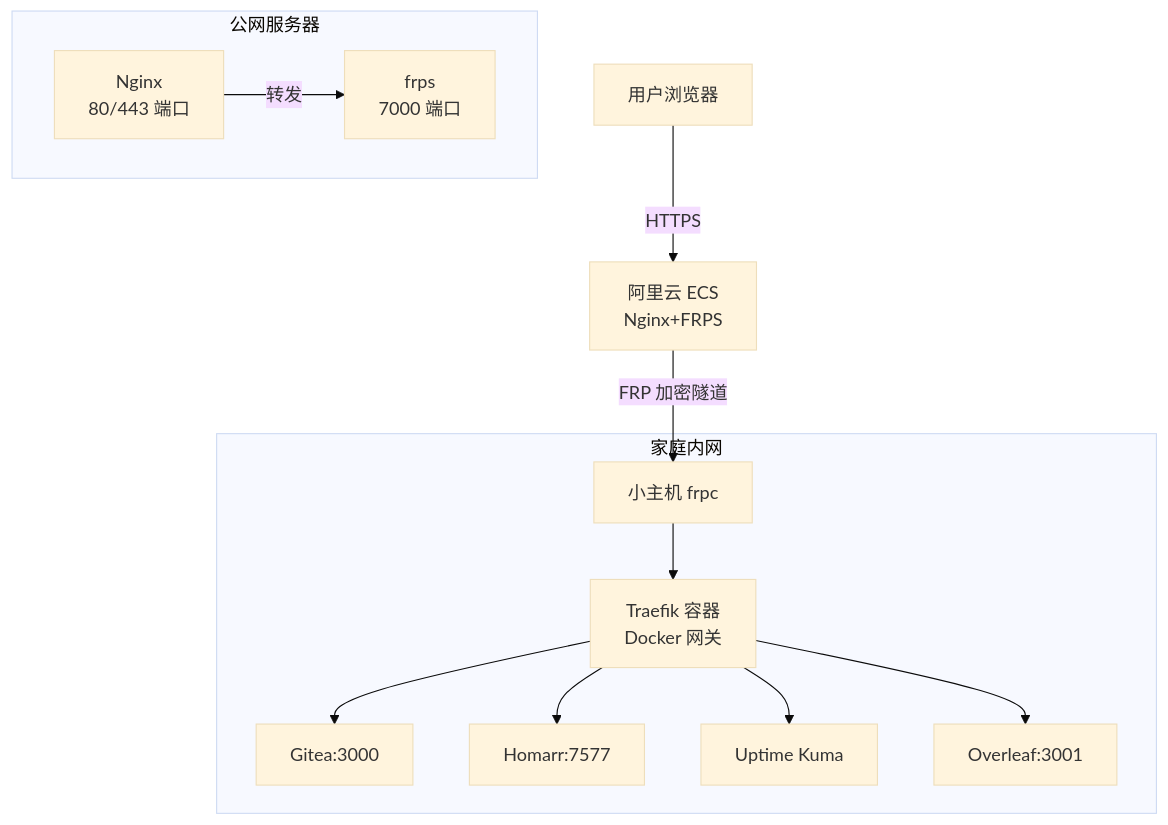
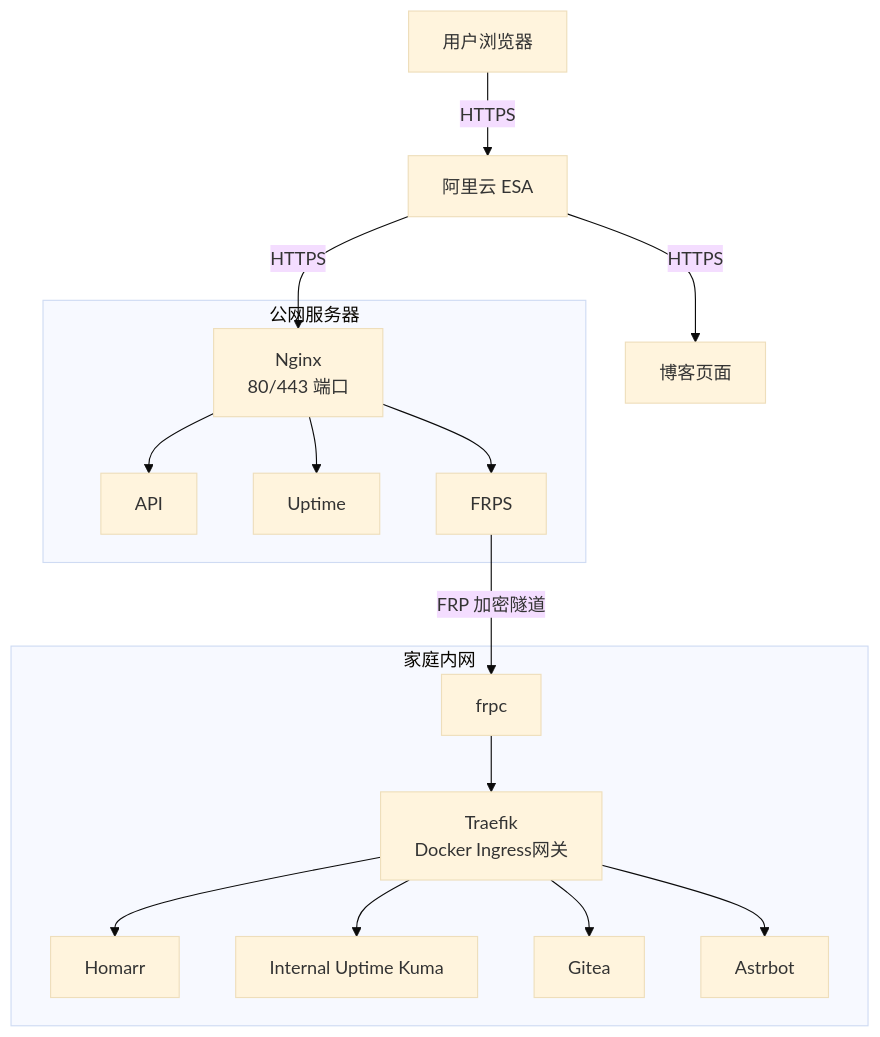
Before and after one commit to kyangconn/kyangconn.github.io: the second of 2 diagrams in source/_posts/网络架构升级.md, drawn with Mermaid (base theme). The commit also changed 2 other files, not shown here.

Commit message:
Add some icons

````diff
--- a/source/_posts/网络架构升级.md
+++ b/source/_posts/网络架构升级.md
@@ -46,20 +46,24 @@
 ```mermaid
 graph TD
-    User[用户浏览器] -->|HTTPS| ECS[阿里云 ECS<br/>Nginx+FRPS]
+    User[用户浏览器] -->|HTTPS| ESA[阿里云 ESA]
+
+    ESA -->|HTTPS| ESA_Pages[博客页面]
+    ESA -->|HTTPS| Nginx_ECS[Nginx<br/>80/443 端口]
 
     subgraph 公网服务器
         Nginx_ECS[Nginx<br/>80/443 端口]
-        FRPS[frps<br/>7000 端口]
-        Nginx_ECS -->|转发 | FRPS
+        Nginx_ECS --> API
+        Nginx_ECS --> Uptime
+        Nginx_ECS --> FRPS
     end
 
-    ECS -->|FRP 加密隧道 | FRPC[小主机 frpc]
+    FRPS -->|FRP 加密隧道 | FRPC[frpc]
 
     subgraph 家庭内网
-        FRPC --> Traefik[Traefik 容器<br/>Docker 网关]
-        Traefik --> Gitea[Gitea:3000]
-        Traefik --> Homarr[Homarr:7577]
-        Traefik --> Uptime[Uptime Kuma]
-        Traefik --> Overleaf[Overleaf:3001]
+        FRPC --> Traefik[Traefik<br/>Docker Ingress网关]
+        Traefik --> Homarr[Homarr]
+        Traefik --> Internal_Uptime[Internal Uptime Kuma]
+        Traefik --> Gitea[Gitea]
+        Traefik --> Astrbot[Astrbot]
     end
 ```
````
